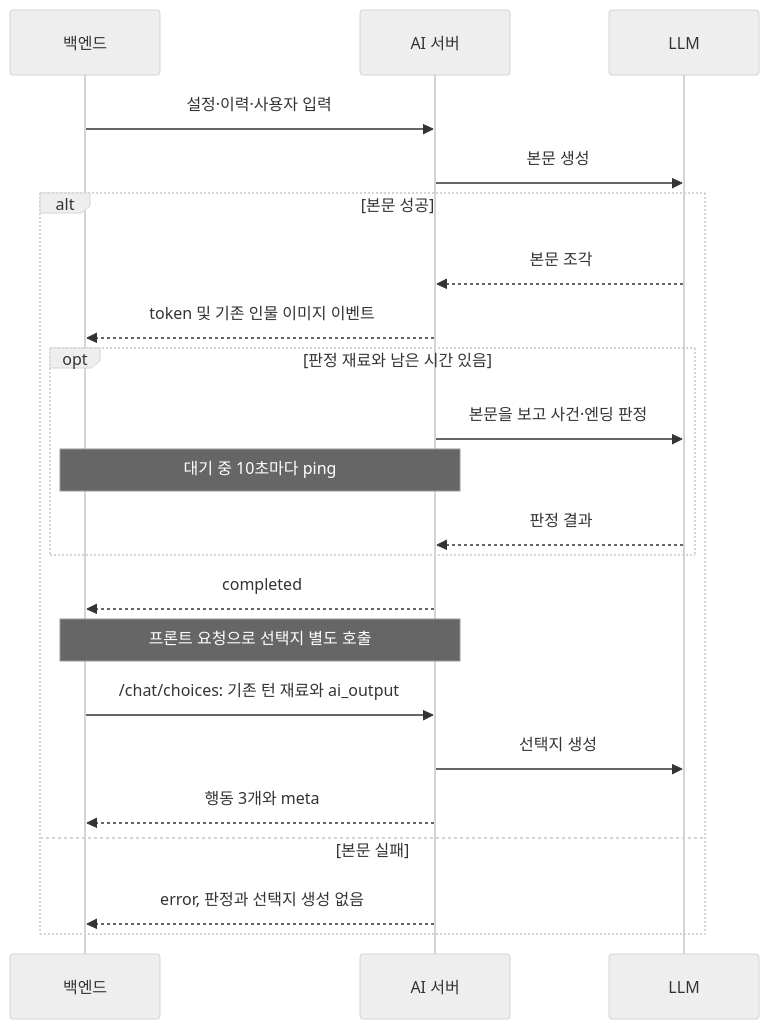
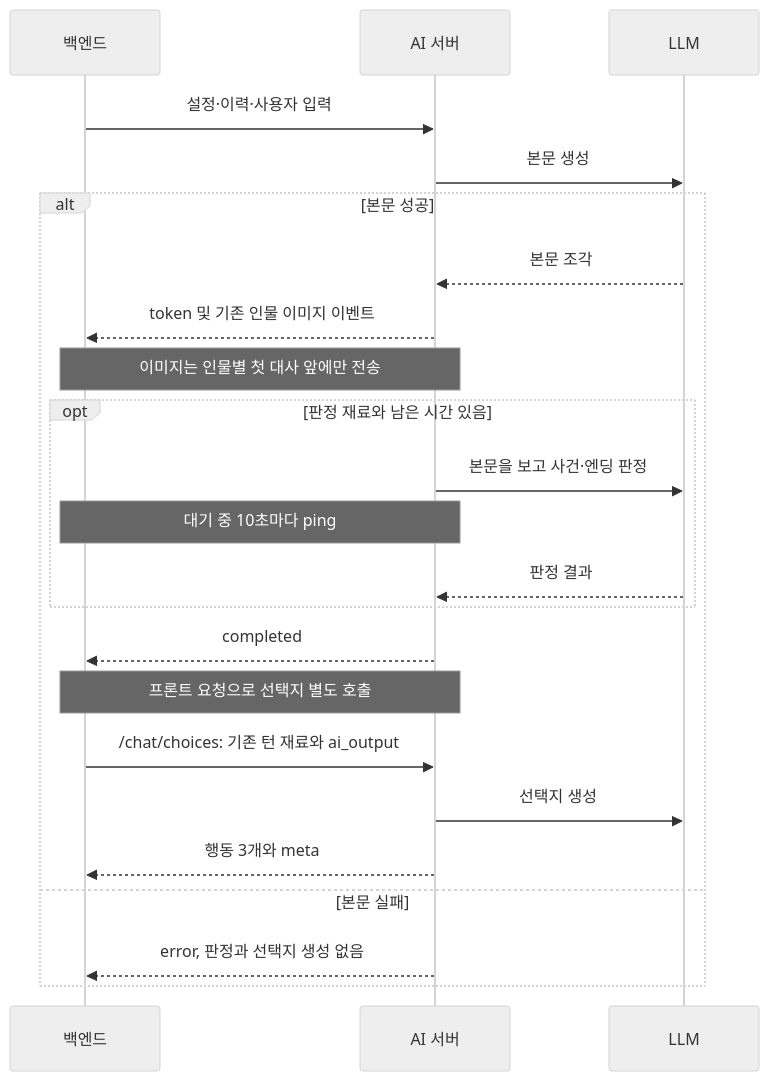
Before and after one commit to KIM-N-KANG/knk-harness: diagram 12 of 19 in docs/product-specs/5-1-ai-server-spec.md, drawn with Mermaid (neutral theme). The commit also changed other lines of this file and 1 other file, not shown here.

First line of the commit message:
[KNK-1231] Docs: 인물 이미지를 턴당 인물별 첫 대사에만 표시하는 규칙을 스펙·ADR에 반영 (#205)

````diff
--- a/docs/product-specs/5-1-ai-server-spec.md
+++ b/docs/product-specs/5-1-ai-server-spec.md
@@ -394,24 +394,25 @@
 ```mermaid
 sequenceDiagram
     participant B as 백엔드
     participant A as AI 서버
     participant L as LLM
     B->>A: 설정·이력·사용자 입력
     A->>L: 본문 생성
     alt 본문 성공
         L-->>A: 본문 조각
         A-->>B: token 및 기존 인물 이미지 이벤트
+        Note over A,B: 이미지는 인물별 첫 대사 앞에만 전송
         opt 판정 재료와 남은 시간 있음
             A->>L: 본문을 보고 사건·엔딩 판정
             Note over A,B: 대기 중 10초마다 ping
             L-->>A: 판정 결과
         end
         A-->>B: completed
         Note over B,A: 프론트 요청으로 선택지 별도 호출
         B->>A: /chat/choices: 기존 턴 재료와 ai_output
         A->>L: 선택지 생성
         A-->>B: 행동 3개와 meta
     else 본문 실패
         A-->>B: error, 판정과 선택지 생성 없음
     end
 ```
````
